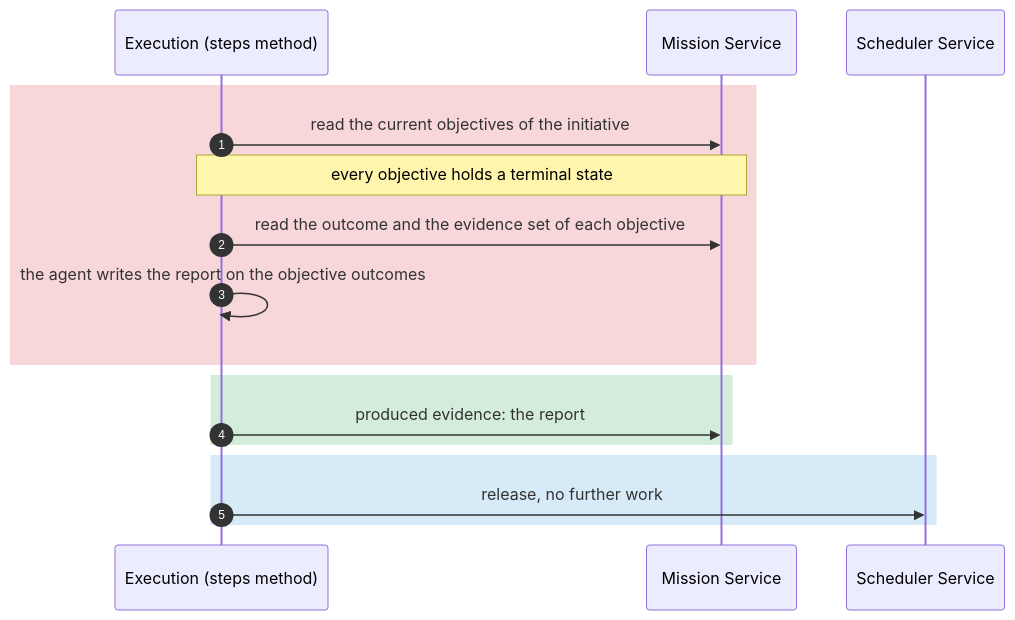
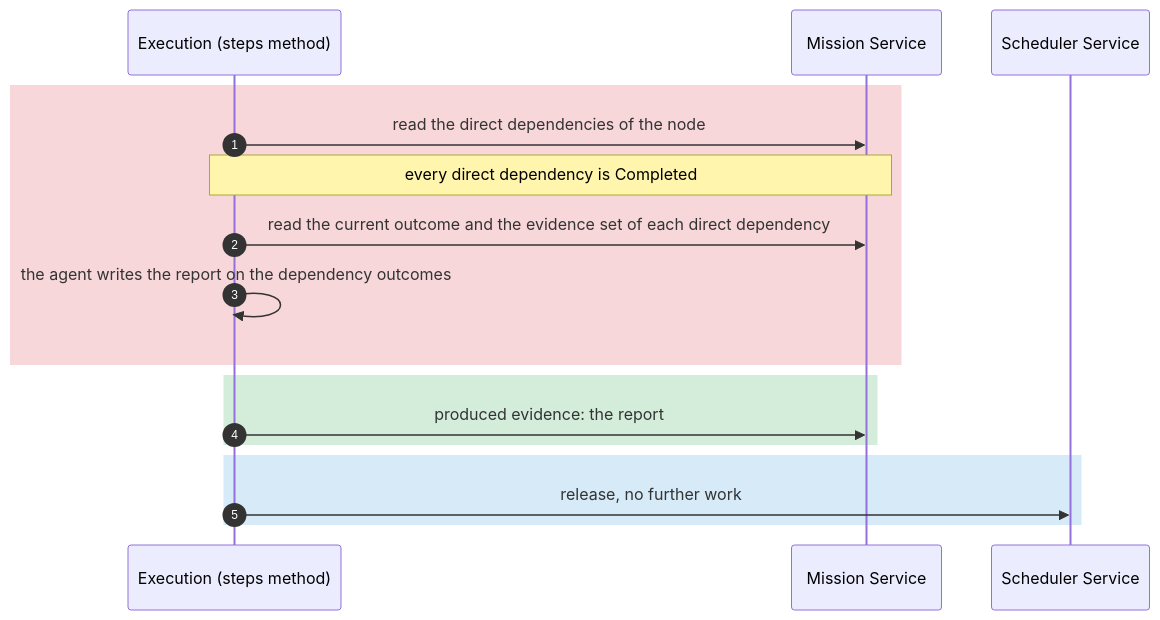
One commit to kanthorlabs/kanthord changed the third of 8 diagrams in docs/brainstorm/worker-service.md. Above: the diagram before and after it, drawn with Mermaid. The commit also changed other lines of this file and 8 other files, not shown here.

````diff
--- a/docs/brainstorm/worker-service.md
+++ b/docs/brainstorm/worker-service.md
@@ -412,20 +417,20 @@
 ```mermaid
 sequenceDiagram
     autonumber
     participant E as Execution (steps method)
     participant M as Mission Service
     participant S as Scheduler Service
 
     rect rgb(248, 215, 218)
-        E->>M: read the current objectives of the initiative
-        Note over E,M: every objective holds a terminal state
-        E->>M: read the outcome and the evidence set of each objective
-        E->>E: the agent writes the report on the objective outcomes
+        E->>M: read the direct dependencies of the node
+        Note over E,M: every direct dependency is Completed
+        E->>M: read the current outcome and the evidence set of each direct dependency
+        E->>E: the agent writes the report on the dependency outcomes
     end
     rect rgb(212, 237, 218)
         E->>M: produced evidence: the report
     end
     rect rgb(214, 234, 248)
         E->>S: release, no further work
     end
 ```
````
